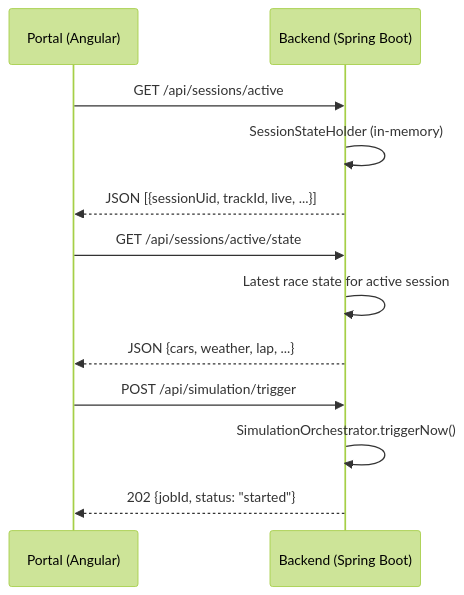
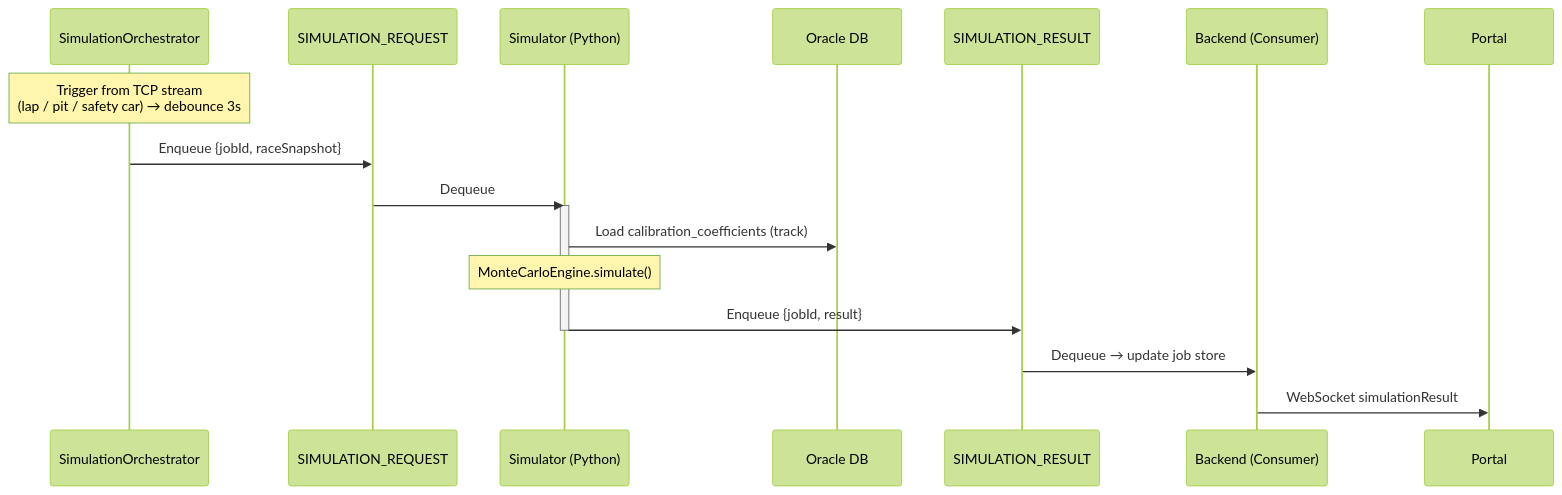
One commit to vmleon/f12025-race-strategy-simulation changed the sixth of 10 diagrams in design/06-INTEGRATION.md. Above: the diagram before and after it, drawn with Mermaid (forest theme). The commit also changed other lines of this file and 2 other files, not shown here.

Commit message:
docs: consolidate integration doc around end-to-end data flows

````diff
--- a/design/06-INTEGRATION.md
+++ b/design/06-INTEGRATION.md
@@ -160,17 +213,21 @@
 ```mermaid
 sequenceDiagram
-    participant Portal as Portal (Angular)
-    participant Backend as Backend (Spring Boot)
+    participant Orch as SimulationOrchestrator
+    participant Q1 as SIMULATION_REQUEST
+    participant Sim as Simulator (Python)
+    participant DB as Oracle DB
+    participant Q2 as SIMULATION_RESULT
+    participant BE as Backend (Consumer)
+    participant Portal as Portal
 
-    Portal->>Backend: GET /api/sessions/active
-    Backend->>Backend: SessionStateHolder (in-memory)
-    Backend-->>Portal: JSON [{sessionUid, trackId, live, ...}]
-
-    Portal->>Backend: GET /api/sessions/active/state
-    Backend->>Backend: Latest race state for active session
-    Backend-->>Portal: JSON {cars, weather, lap, ...}
-
-    Portal->>Backend: POST /api/simulation/trigger
-    Backend->>Backend: SimulationOrchestrator.triggerNow()
-    Backend-->>Portal: 202 {jobId, status: "started"}
+    Note over Orch: Trigger from TCP stream<br/>(lap / pit / safety car) → debounce 3s
+    Orch->>Q1: Enqueue {jobId, raceSnapshot}
+    Q1->>Sim: Dequeue
+    activate Sim
+    Sim->>DB: Load calibration_coefficients (track)
+    Note over Sim: MonteCarloEngine.simulate()
+    Sim->>Q2: Enqueue {jobId, result}
+    deactivate Sim
+    Q2->>BE: Dequeue → update job store
+    BE->>Portal: WebSocket simulationResult
 ```
````
